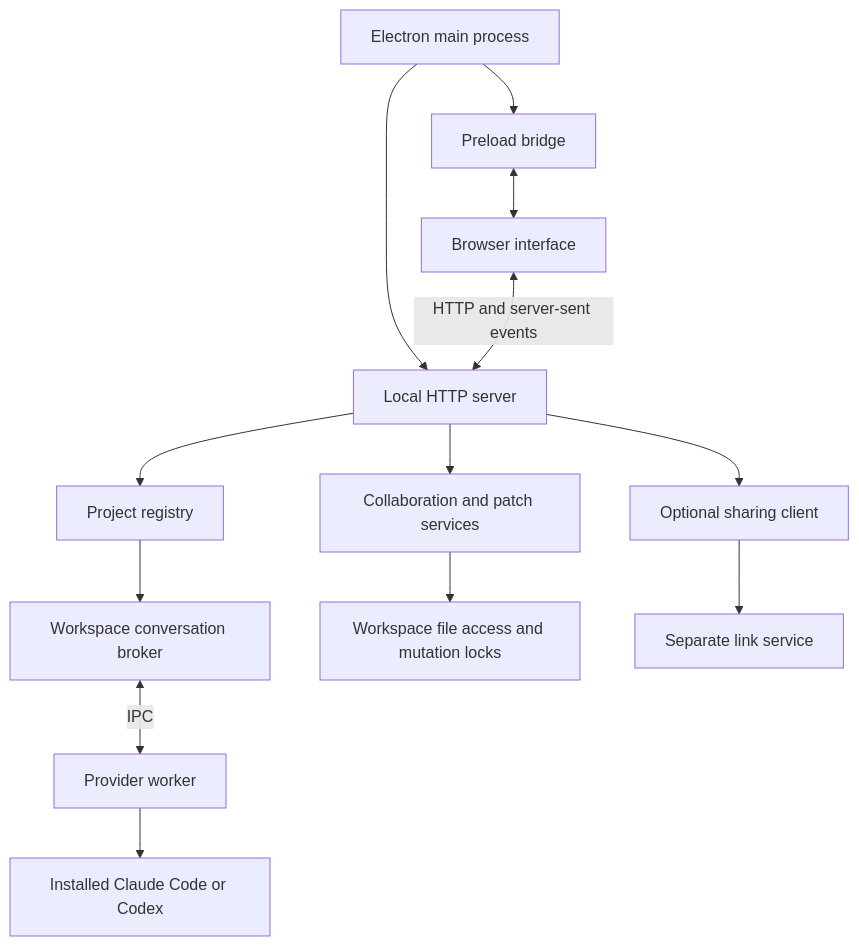
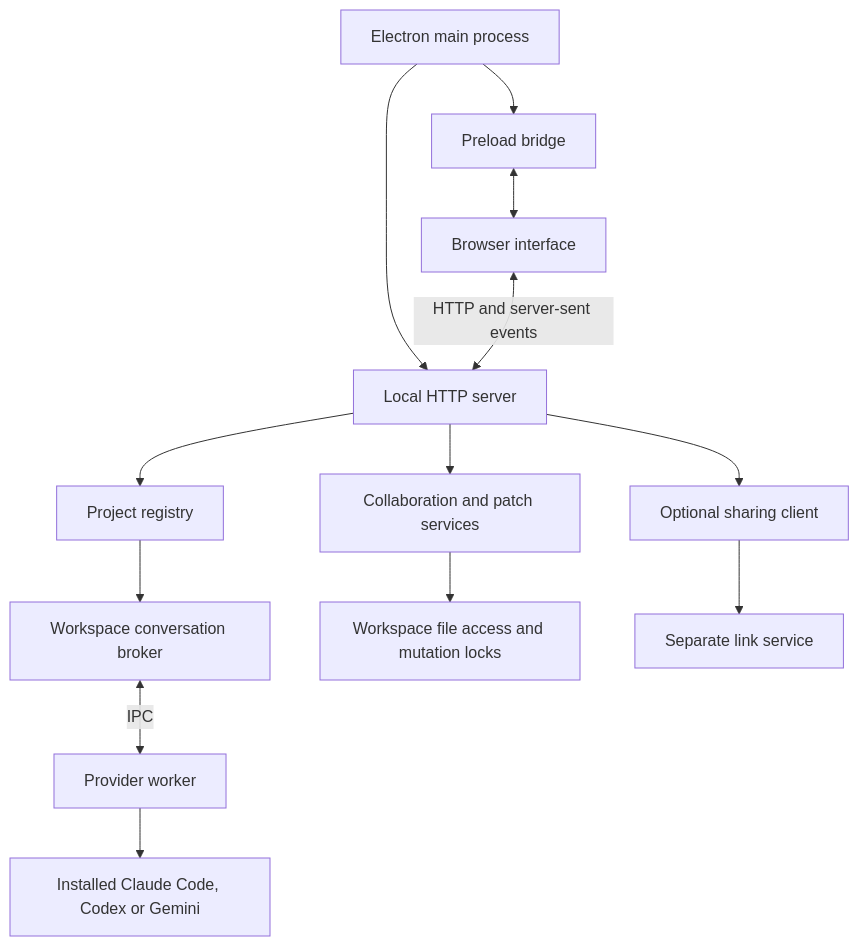
Before and after one commit to AhmedNavaz/throughline: the diagram in docs/architecture.md, drawn with Mermaid. The commit also changed other lines of this file and 49 other files, not shown here.

````diff
--- a/docs/architecture.md
+++ b/docs/architecture.md
@@ -7,15 +7,15 @@
 ```mermaid
 flowchart TD
   Desktop[Electron main process] --> Server[Local HTTP server]
   Desktop --> Bridge[Preload bridge]
   Bridge <--> UI[Browser interface]
   UI <-->|HTTP and server-sent events| Server
   Server --> Registry[Project registry]
   Registry --> Broker[Workspace conversation broker]
   Broker <-->|IPC| Worker[Provider worker]
-  Worker --> Agents[Installed Claude Code or Codex]
+  Worker --> Agents[Installed Claude Code, Codex or Gemini]
   Server --> Collaboration[Collaboration and patch services]
   Collaboration --> Files[Workspace file access and mutation locks]
   Server --> Client[Optional sharing client]
   Client --> Sharing[Separate link service]
 ```
````
